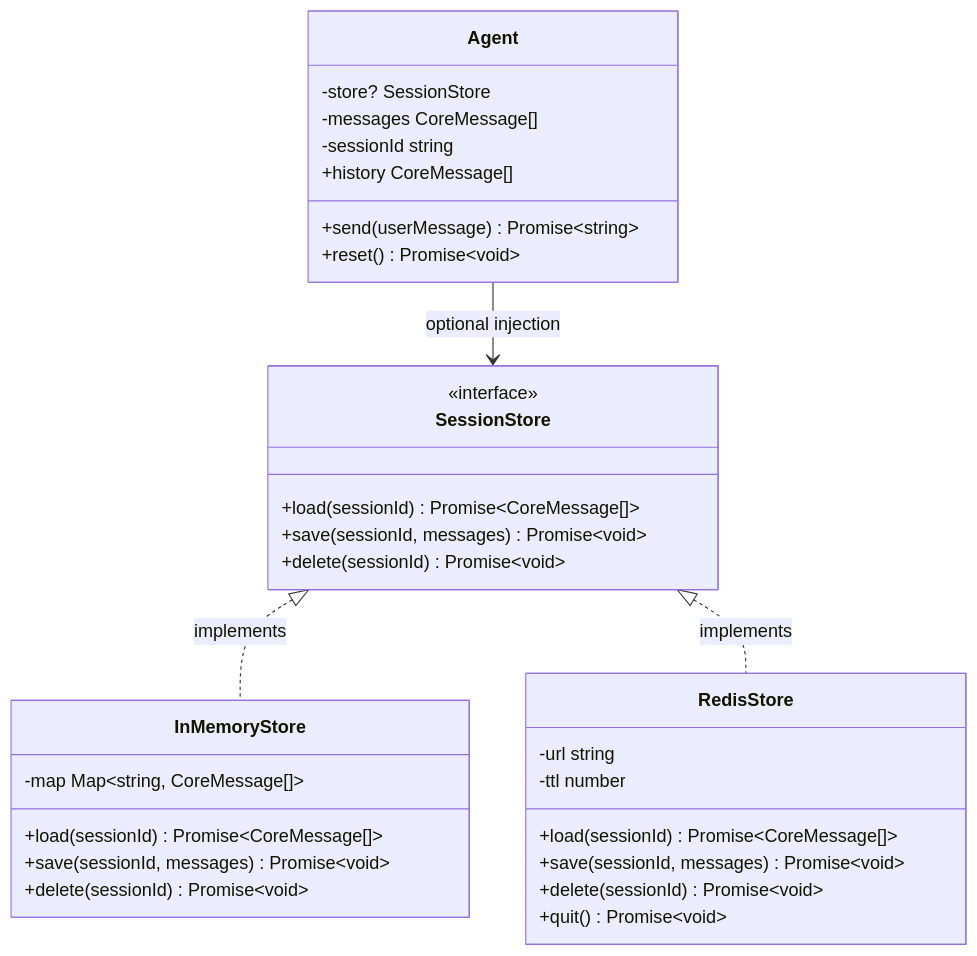
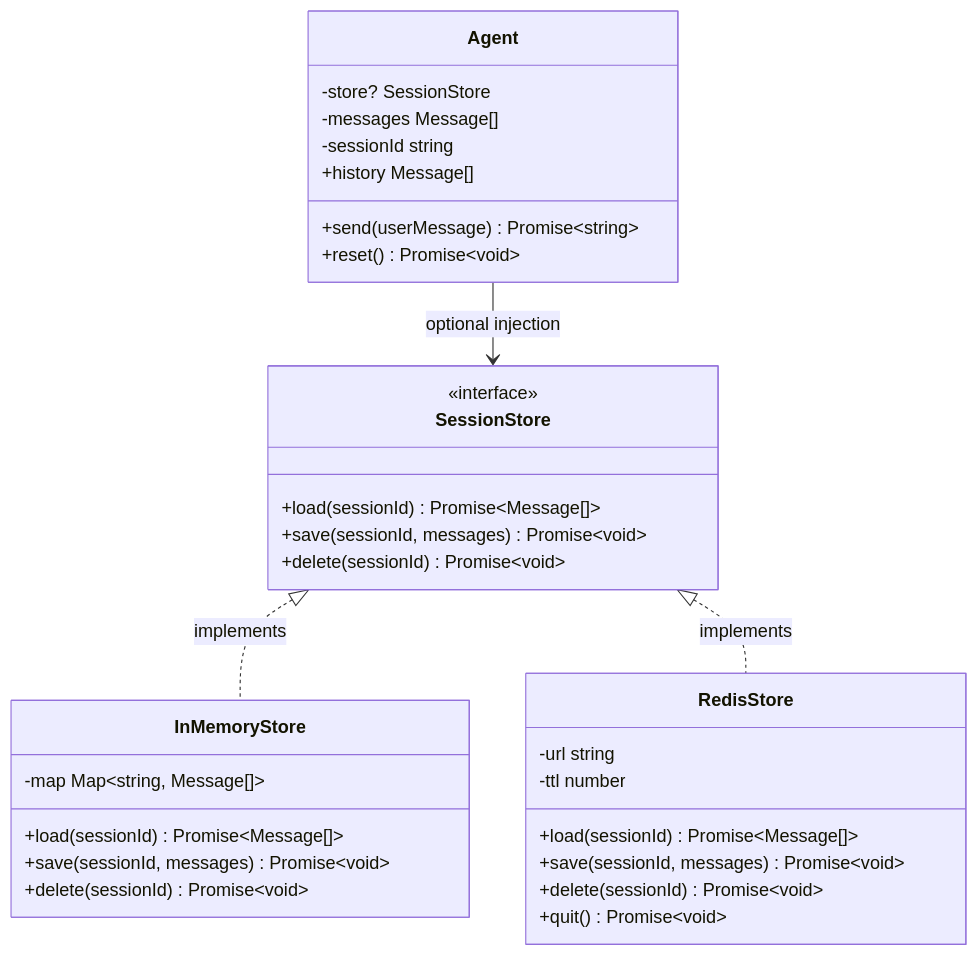
The second of 6 diagrams in DOCUMENTATION/session_store.md (krenova/vercel-agentic-scaffold), drawn with Mermaid before and after one commit. The commit also changed other lines of this file and 28 other files, not shown here.

````diff
--- a/DOCUMENTATION/session_store.md
+++ b/DOCUMENTATION/session_store.md
@@ -60,38 +60,38 @@
 ```mermaid
 classDiagram
     class SessionStore {
         <<interface>>
-        +load(sessionId) Promise~CoreMessage[]~
+        +load(sessionId) Promise~Message[]~
         +save(sessionId, messages) Promise~void~
         +delete(sessionId) Promise~void~
     }
 
     class InMemoryStore {
-        -map Map~string, CoreMessage[]~
-        +load(sessionId) Promise~CoreMessage[]~
+        -map Map~string, Message[]~
+        +load(sessionId) Promise~Message[]~
         +save(sessionId, messages) Promise~void~
         +delete(sessionId) Promise~void~
     }
 
     class RedisStore {
         -url string
         -ttl number
-        +load(sessionId) Promise~CoreMessage[]~
+        +load(sessionId) Promise~Message[]~
         +save(sessionId, messages) Promise~void~
         +delete(sessionId) Promise~void~
         +quit() Promise~void~
     }
 
     class Agent {
         -store? SessionStore
-        -messages CoreMessage[]
+        -messages Message[]
         -sessionId string
         +send(userMessage) Promise~string~
         +reset() Promise~void~
-        +history CoreMessage[]
+        +history Message[]
     }
 
     SessionStore <|.. InMemoryStore : implements
     SessionStore <|.. RedisStore : implements
     Agent --> SessionStore : optional injection
 ```
````
